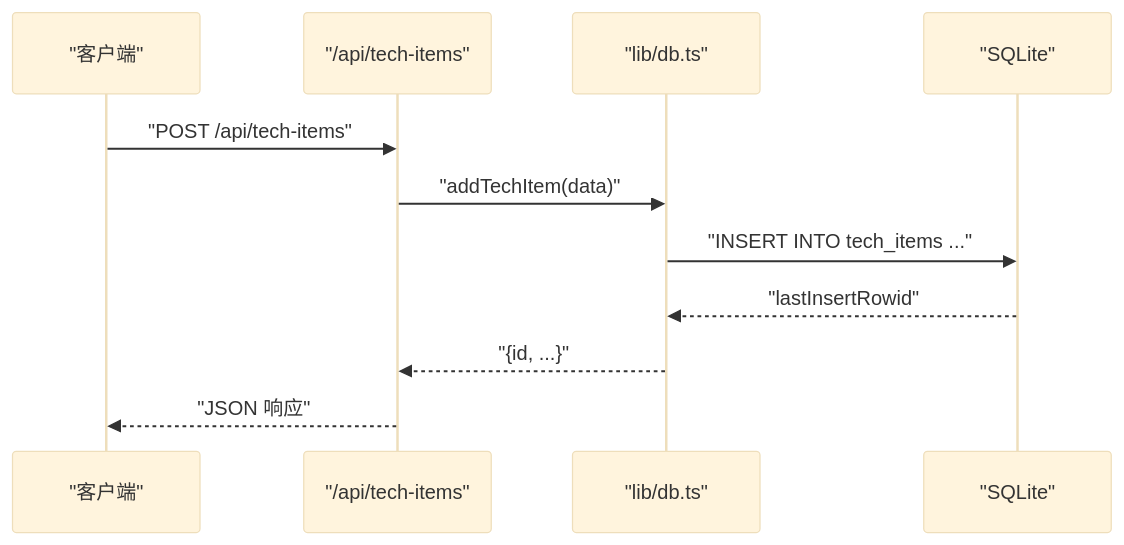
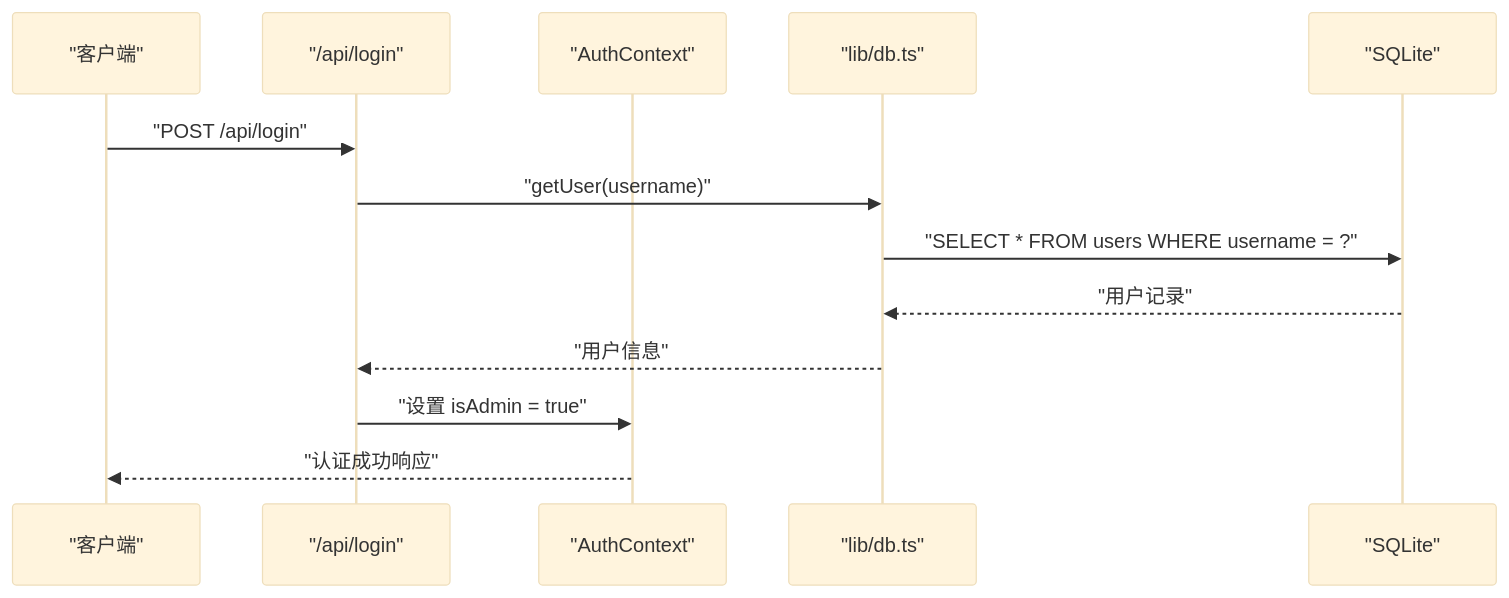
Before and after one commit to tutusiji/lantu-next: the third of 5 diagrams in .qoder/repowiki/zh/content/数据库设计/数据库设计.md, drawn with Mermaid (base theme). The commit also changed other lines of this file and 22 other files, not shown here.

````diff
--- a/.qoder/repowiki/zh/content/数据库设计/数据库设计.md
+++ b/.qoder/repowiki/zh/content/数据库设计/数据库设计.md
@@ -244,13 +308,15 @@
 ```mermaid
 sequenceDiagram
 participant Client as "客户端"
-participant Route as "/api/tech-items"
+participant LoginAPI as "/api/login"
+participant AuthCtx as "AuthContext"
 participant DB as "lib/db.ts"
 participant SQLite as "SQLite"
-Client->>Route : "POST /api/tech-items"
-Route->>DB : "addTechItem(data)"
-DB->>SQLite : "INSERT INTO tech_items ..."
-SQLite-->>DB : "lastInsertRowid"
-DB-->>Route : "{id, ...}"
-Route-->>Client : "JSON 响应"
+Client->>LoginAPI : "POST /api/login"
+LoginAPI->>DB : "getUser(username)"
+DB->>SQLite : "SELECT * FROM users WHERE username = ?"
+SQLite-->>DB : "用户记录"
+DB-->>LoginAPI : "用户信息"
+LoginAPI->>AuthCtx : "设置 isAdmin = true"
+AuthCtx-->>Client : "认证成功响应"
 ```
````
